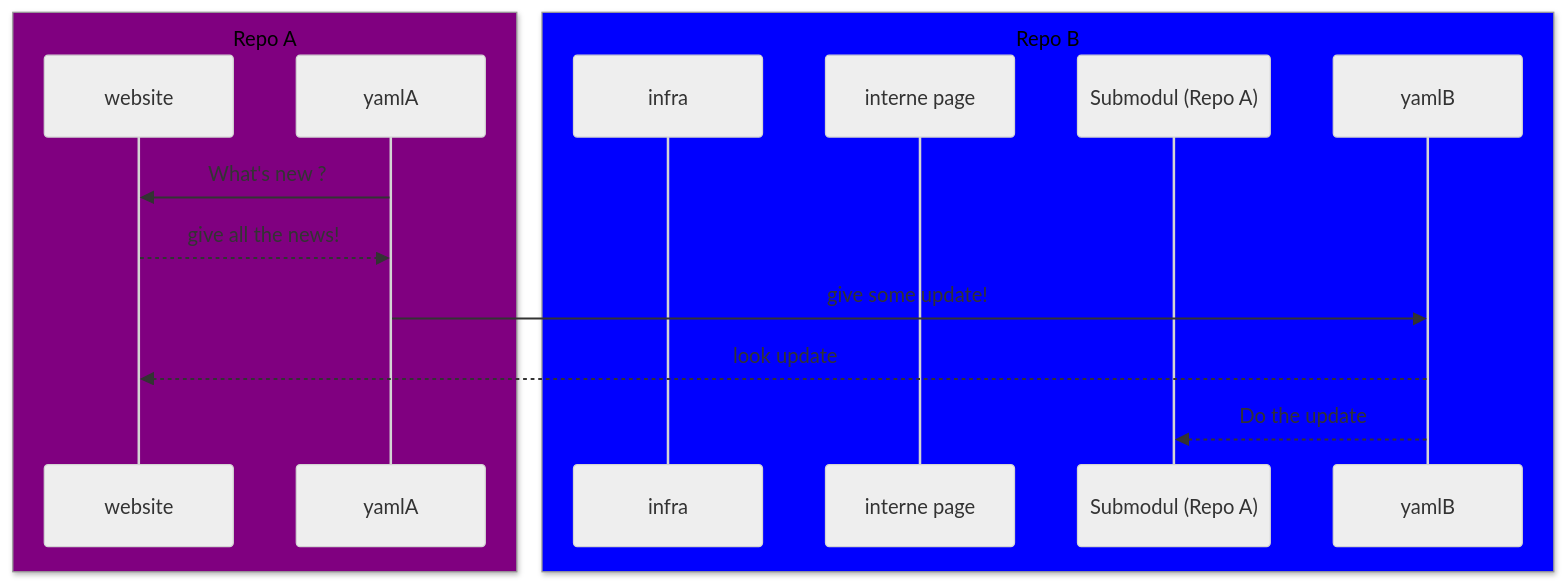
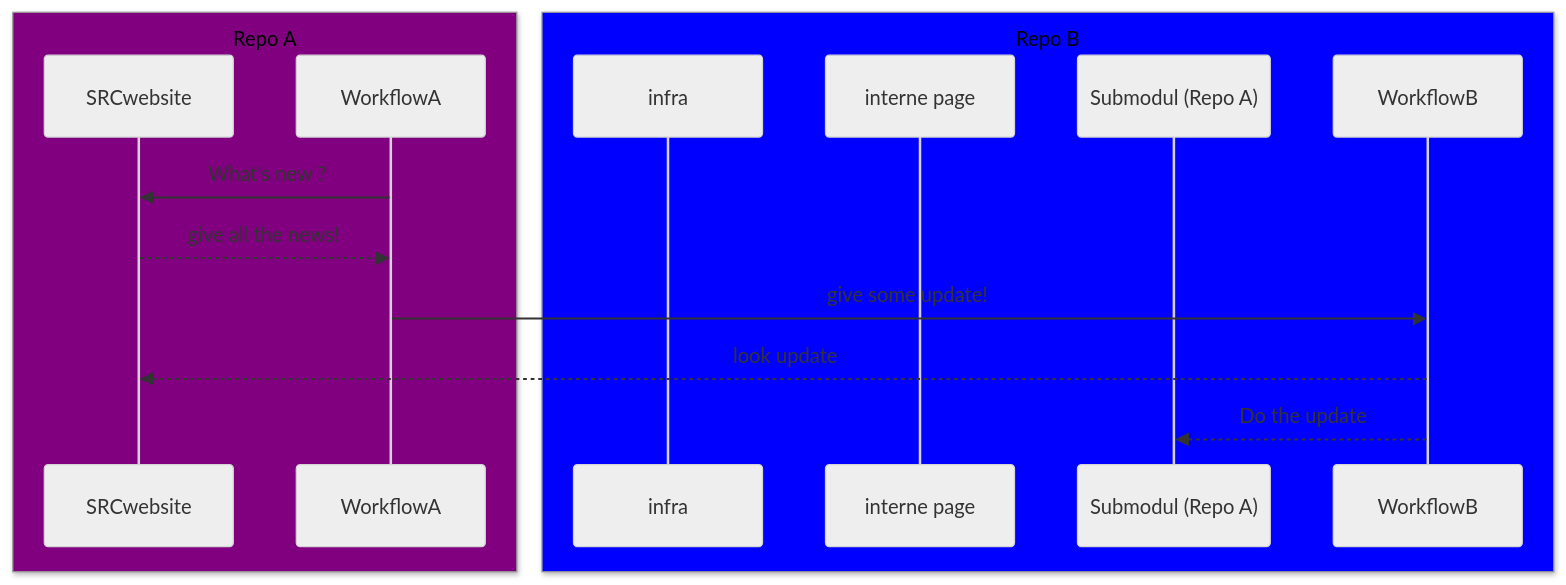
Before and after one commit to TheotimChevalier/Repo-B: the diagram in README.md, drawn with Mermaid (neutral theme).

````diff
--- a/README.md
+++ b/README.md
@@ -3,19 +3,19 @@
 ```mermaid
 
     sequenceDiagram
     box Purple Repo A
-    participant website
-    participant yamlA
+    participant SRCwebsite
+    participant WorkflowA
     end
     box blue Repo B
     participant infra
     participant interne page 
     participant Submodul (Repo A)
-    participant yamlB
+    participant  WorkflowB
     end
-    yamlA->>website: What's new ?
-    website-->>yamlA: give all the news!
-    yamlA->>yamlB: give some update!
-    yamlB-->> website: look update 
-    yamlB-->>Submodul (Repo A): Do the update
+     WorkflowA->>SRCwebsite: What's new ?
+    SRCwebsite-->> WorkflowA: give all the news!
+     WorkflowA->> WorkflowB: give some update!
+     WorkflowB-->> SRCwebsite: look update 
+     WorkflowB-->>Submodul (Repo A): Do the update
 ```
````
